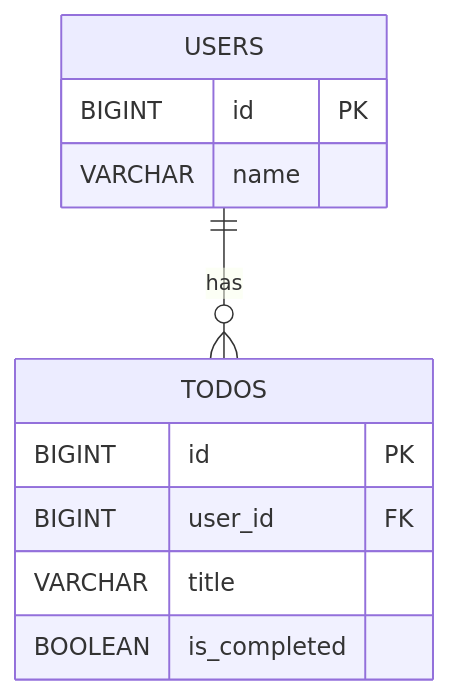
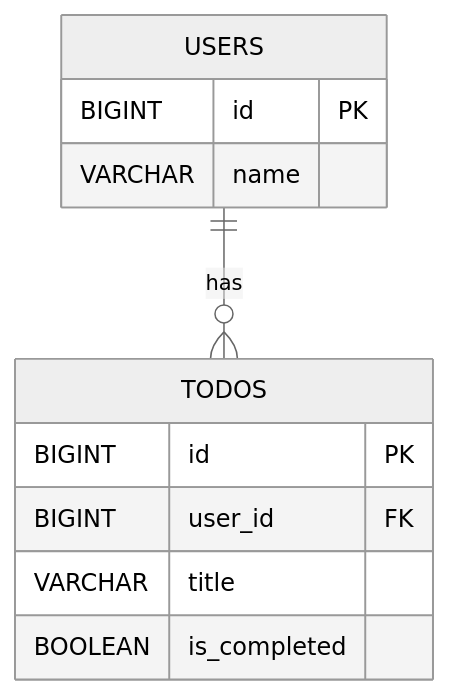
The diagram in README.md (ksugimori/learngraphql), drawn with Mermaid before and after one commit.

Commit message:
fix mermaid color theme

````diff
--- a/README.md
+++ b/README.md
@@ -11,14 +11,18 @@
 ```mermaid
+---
+config:
+  theme: 'neutral'
+---
 erDiagram
     USERS {
         BIGINT id PK
         VARCHAR name
     }
     TODOS {
         BIGINT id PK
         BIGINT user_id FK
         VARCHAR title
         BOOLEAN is_completed
     }
     USERS ||--o{ TODOS: "has"
 ```
````
